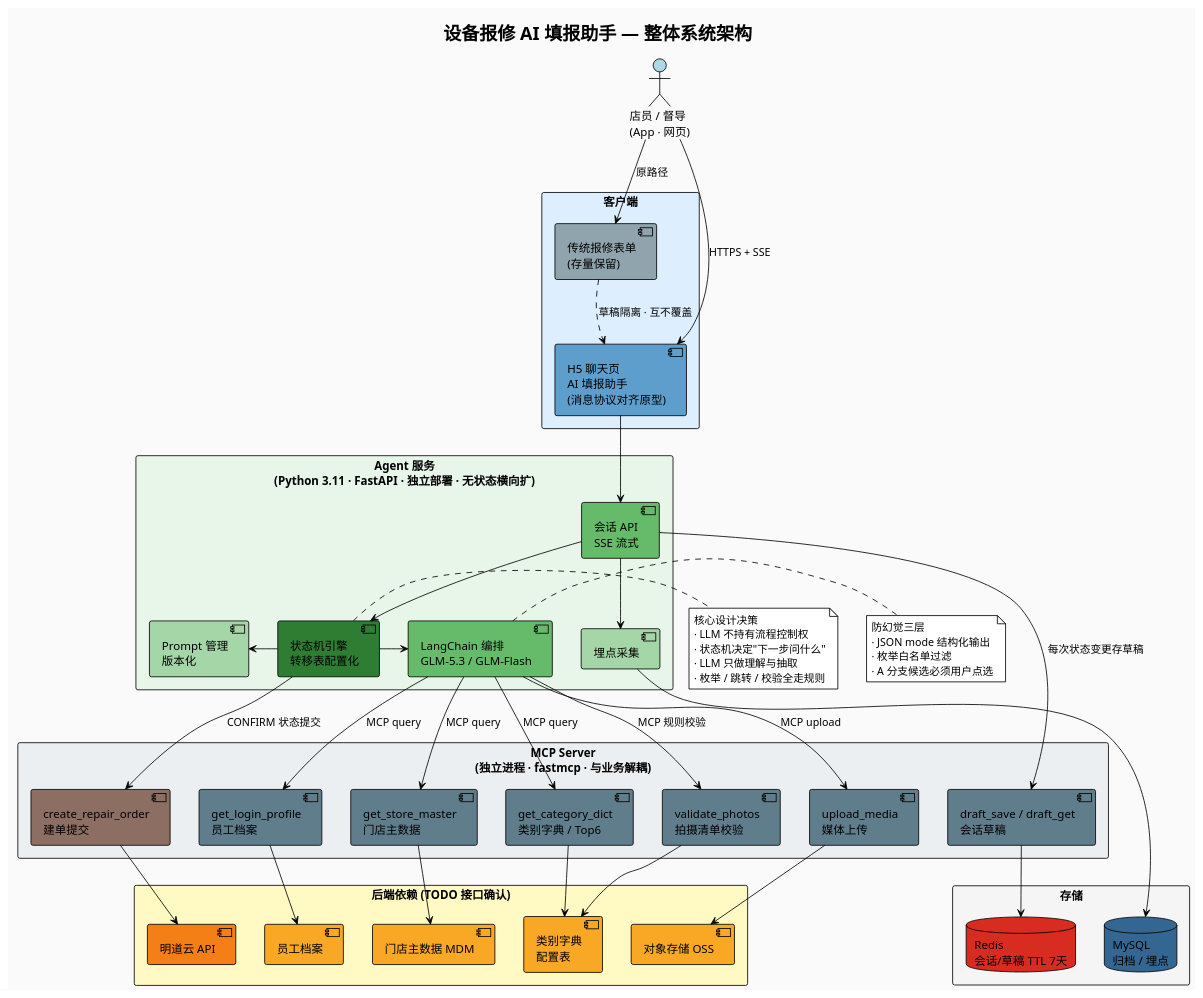
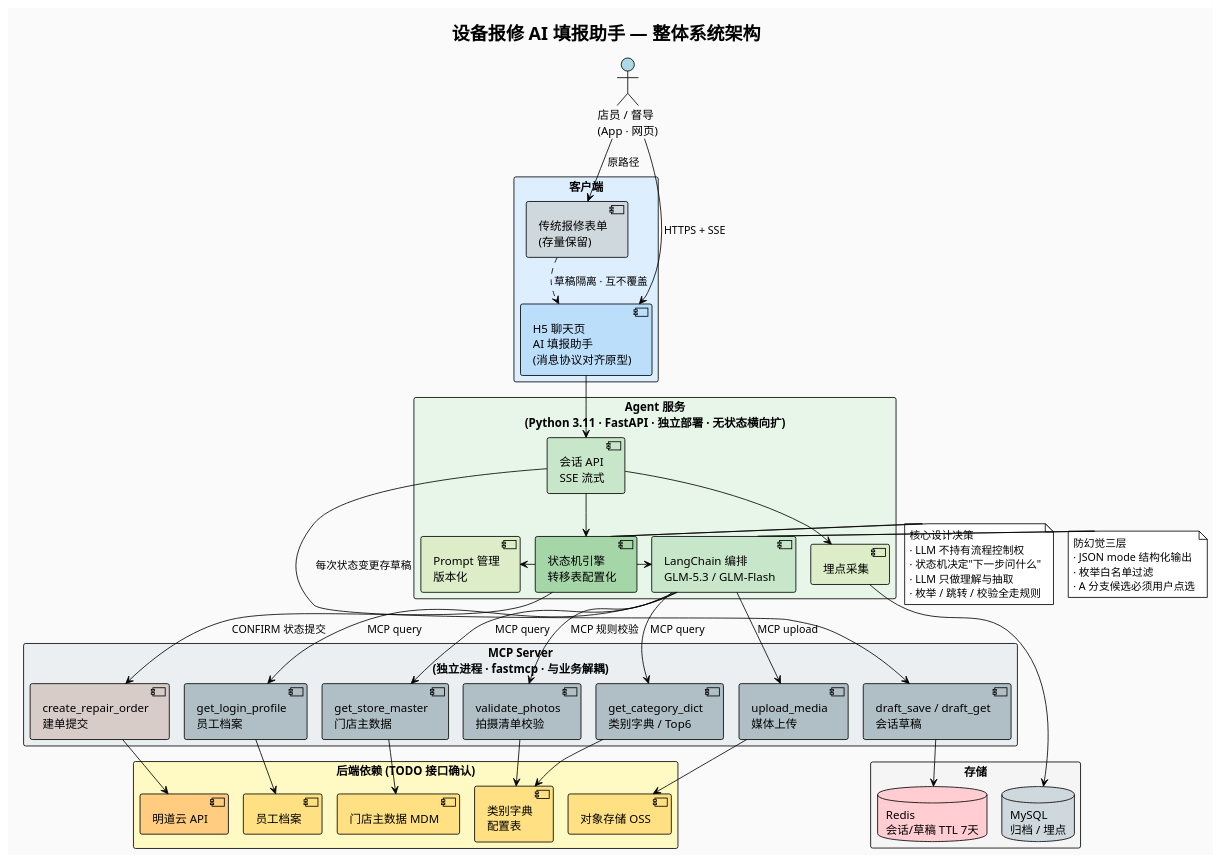
Before and after one commit to bai876939716/my_doc: the diagram in src/main/hotmaxx/需求点/输入优化/diagrams/01-系统架构图.puml, drawn with PlantUML. The commit also changed 14 other files, not shown here.

```diff
--- a/src/main/hotmaxx/需求点/输入优化/diagrams/01-系统架构图.puml
+++ b/src/main/hotmaxx/需求点/输入优化/diagrams/01-系统架构图.puml
@@ -1,95 +1,96 @@
 @startuml 设备报修AI填报-整体系统架构
+!pragma layout smetana
 !theme plain
 skinparam backgroundColor #FAFAFA
 skinparam defaultFontName "PingFang SC,Microsoft YaHei,Arial"
 
 title 设备报修 AI 填报助手 — 整体系统架构
 
 ' ========== 用户 ==========
 actor "店员 / 督导\n(App · 网页)" as User #LightBlue
 
 ' ========== 客户端层 ==========
 rectangle "客户端" #DDEEFF {
-  component "H5 聊天页\nAI 填报助手\n(消息协议对齐原型)" as H5 #5D9ECC
-  component "传统报修表单\n(存量保留)" as OLD #90A4AE
+  component "H5 聊天页\nAI 填报助手\n(消息协议对齐原型)" as H5 #BBDEFB
+  component "传统报修表单\n(存量保留)" as OLD #CFD8DC
 }
 
 ' ========== Agent 服务层 ==========
 rectangle "Agent 服务\n(Python 3.11 · FastAPI · 独立部署 · 无状态横向扩)" #E8F5E9 {
-  component "会话 API\nSSE 流式" as API #66BB6A
-  component "状态机引擎\n转移表配置化" as SM #2E7D32
-  component "LangChain 编排\nGLM-5.3 / GLM-Flash" as LC #66BB6A
-  component "Prompt 管理\n版本化" as PM #A5D6A7
-  component "埋点采集" as TR #A5D6A7
+  component "会话 API\nSSE 流式" as API #C8E6C9
+  component "状态机引擎\n转移表配置化" as SM #A5D6A7
+  component "LangChain 编排\nGLM-5.3 / GLM-Flash" as LC #C8E6C9
+  component "Prompt 管理\n版本化" as PM #DCEDC8
+  component "埋点采集" as TR #DCEDC8
 }
 
 ' ========== MCP 工具层 ==========
 rectangle "MCP Server\n(独立进程 · fastmcp · 与业务解耦)" #ECEFF1 {
-  component "get_login_profile\n员工档案" as T1 #607D8B
-  component "get_store_master\n门店主数据" as T2 #607D8B
-  component "get_category_dict\n类别字典 / Top6" as T3 #607D8B
-  component "validate_photos\n拍摄清单校验" as T4 #607D8B
-  component "upload_media\n媒体上传" as T5 #607D8B
-  component "create_repair_order\n建单提交" as T6 #8D6E63
-  component "draft_save / draft_get\n会话草稿" as T7 #607D8B
+  component "get_login_profile\n员工档案" as T1 #B0BEC5
+  component "get_store_master\n门店主数据" as T2 #B0BEC5
+  component "get_category_dict\n类别字典 / Top6" as T3 #B0BEC5
+  component "validate_photos\n拍摄清单校验" as T4 #B0BEC5
+  component "upload_media\n媒体上传" as T5 #B0BEC5
+  component "create_repair_order\n建单提交" as T6 #D7CCC8
+  component "draft_save / draft_get\n会话草稿" as T7 #B0BEC5
 }
 
 ' ========== 存储层 ==========
 rectangle "存储" #F5F5F5 {
-  database "Redis\n会话/草稿 TTL 7天" as RD #D82C20
-  database "MySQL\n归档 / 埋点" as MY #336791
+  database "Redis\n会话/草稿 TTL 7天" as RD #FFCDD2
+  database "MySQL\n归档 / 埋点" as MY #CFD8DC
 }
 
 ' ========== 后端依赖层 ==========
 rectangle "后端依赖 (TODO 接口确认)" #FFF9C4 {
-  component "员工档案" as HR #F9A825
-  component "门店主数据 MDM" as MDM #F9A825
-  component "类别字典\n配置表" as DICT #F9A825
-  component "对象存储 OSS" as OSS #F9A825
-  component "明道云 API" as MDY #F57F17
+  component "员工档案" as HR #FFE082
+  component "门店主数据 MDM" as MDM #FFE082
+  component "类别字典\n配置表" as DICT #FFE082
+  component "对象存储 OSS" as OSS #FFE082
+  component "明道云 API" as MDY #FFCC80
 }
 
 ' ========== 关系连线 ==========
 User -down-> H5 : HTTPS + SSE
 User -down-> OLD : 原路径
 OLD ..> H5 : 草稿隔离 · 互不覆盖
 
 H5 -down-> API
 API -down-> SM
 API -down-> TR
 SM -right-> LC
 SM -left-> PM
 
 LC -down-> T1 : MCP query
 LC -down-> T2 : MCP query
 LC -down-> T3 : MCP query
 LC -down-> T4 : MCP 规则校验
 LC -down-> T5 : MCP upload
 SM -down-> T6 : CONFIRM 状态提交
 API -down-> T7 : 每次状态变更存草稿
 
 T1 -down-> HR
 T2 -down-> MDM
 T3 -down-> DICT
 T4 -down-> DICT
 T5 -down-> OSS
 T6 -down-> MDY
 T7 -down-> RD
 TR -down-> MY
 
 note right of SM
   核心设计决策
   · LLM 不持有流程控制权
   · 状态机决定"下一步问什么"
   · LLM 只做理解与抽取
   · 枚举 / 跳转 / 校验全走规则
 end note
 
 note right of LC
   防幻觉三层
   · JSON mode 结构化输出
   · 枚举白名单过滤
   · A 分支候选必须用户点选
 end note
 
 @enduml
```
